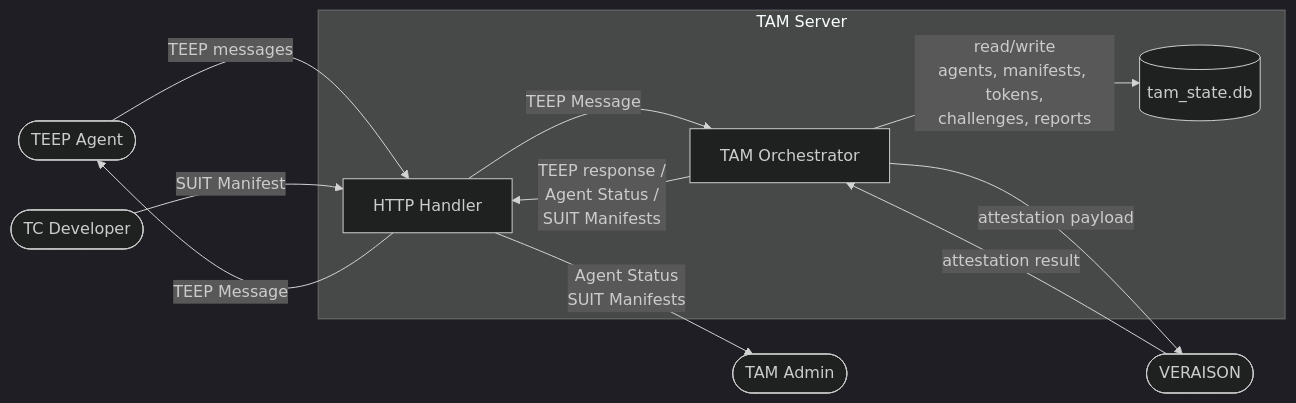
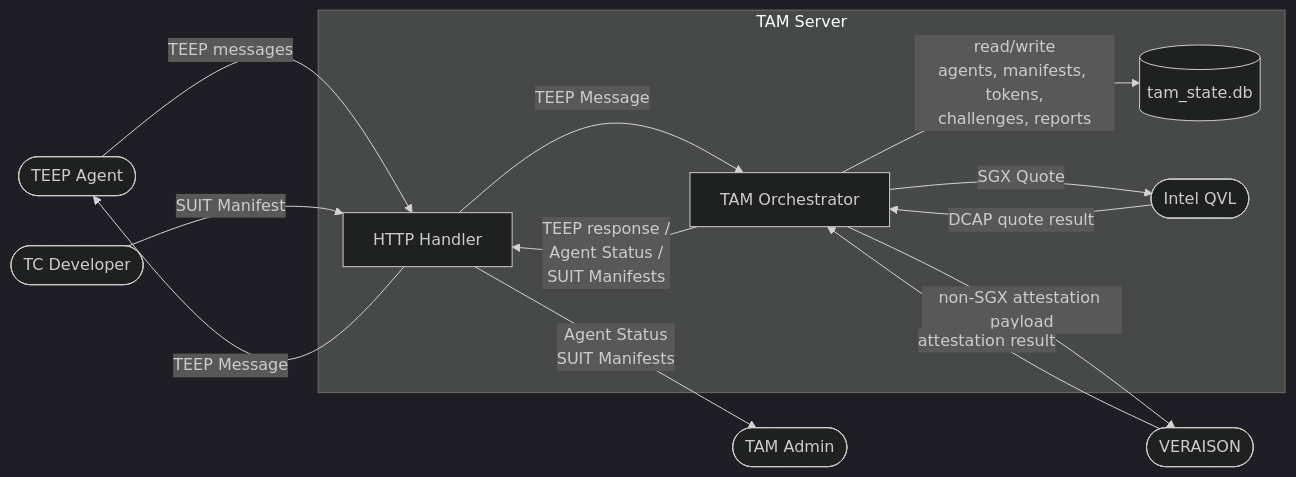
One commit to kentakayama/AttesTAM changed the second of 4 diagrams in doc/INTERNAL_DESIGN.md. Above: the diagram before and after it, drawn with Mermaid (dark theme). The commit also changed other lines of this file and 6 other files, not shown here.

````diff
--- a/doc/INTERNAL_DESIGN.md
+++ b/doc/INTERNAL_DESIGN.md
@@ -31,26 +32,29 @@
 ```mermaid
 flowchart LR
     Agent([TEEP Agent])
     TCDev([TC Developer])
     Admin([TAM Admin])
-    Verifier([VERAISON])
+    Veraison([VERAISON])
 
     subgraph TAM Server
         H[HTTP Handler]
         TAM[TAM Orchestrator]
         DB[(tam_state.db)]
+        QVL([Intel QVL])
     end
 
     Agent -- "TEEP messages" --> H
     H -- "TEEP Message" --> Agent
 
     H -- "Agent Status<br/>SUIT Manifests" --> Admin
     TCDev -- "SUIT Manifest" --> H
 
     H -- "TEEP Message" --> TAM
-    TAM -- "attestation payload" --> Verifier
-    Verifier -- "attestation result" --> TAM
+    TAM -- "non-SGX attestation payload" --> Veraison
+    Veraison -- "attestation result" --> TAM
+    TAM -- "SGX Quote" --> QVL
+    QVL -- "DCAP quote result" --> TAM
 
     TAM -- "read/write<br/>agents, manifests, tokens,<br/>challenges, reports" --> DB
     TAM -- "TEEP response /<br/> Agent Status /<br/> SUIT Manifests" --> H
 ```
````
